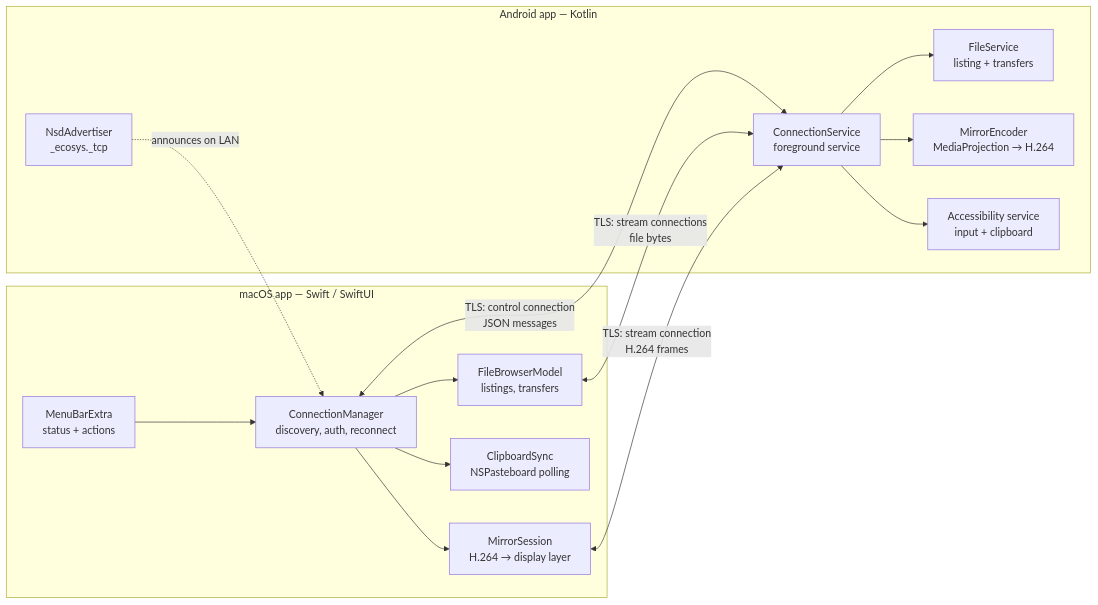
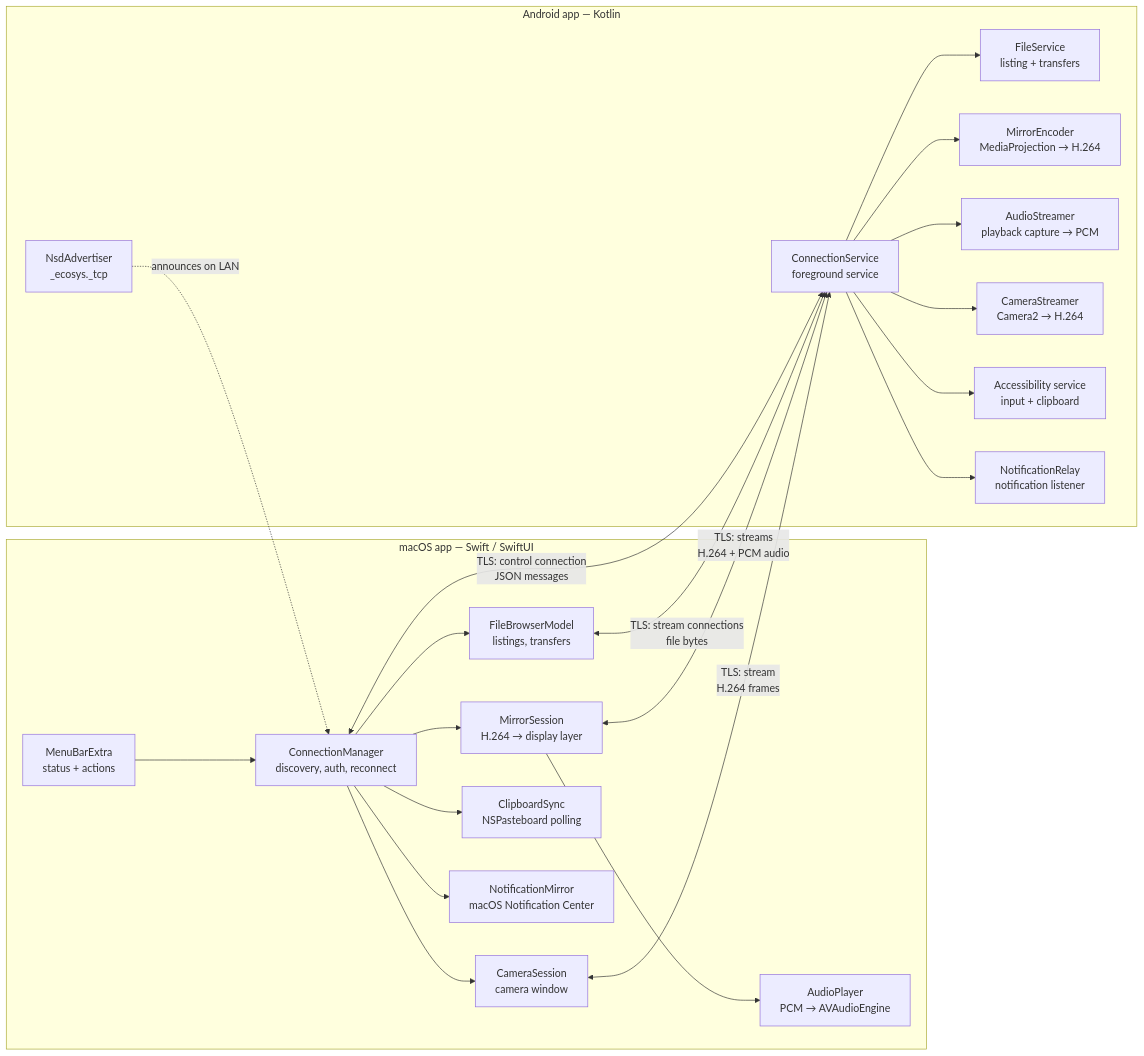
The first of 2 diagrams in docs/ARCHITECTURE.md (akramansari1433/ecosystem), drawn with Mermaid before and after one commit. The commit also changed other lines of this file and 4 other files, not shown here.

````diff
--- a/docs/ARCHITECTURE.md
+++ b/docs/ARCHITECTURE.md
@@ -78,30 +97,43 @@
 ```mermaid
 flowchart LR
     subgraph MAC["macOS app — Swift / SwiftUI"]
         MENU["MenuBarExtra<br/>status + actions"]
         CM["ConnectionManager<br/>discovery, auth, reconnect"]
         FILES["FileBrowserModel<br/>listings, transfers"]
         MIRROR["MirrorSession<br/>H.264 → display layer"]
+        AUDIO["AudioPlayer<br/>PCM → AVAudioEngine"]
+        CAM["CameraSession<br/>camera window"]
         CLIP1["ClipboardSync<br/>NSPasteboard polling"]
+        NOTIF["NotificationMirror<br/>macOS Notification Center"]
     end
 
     subgraph PHONE["Android app — Kotlin"]
         SVC["ConnectionService<br/>foreground service"]
         NSD["NsdAdvertiser<br/>_ecosys._tcp"]
         FS["FileService<br/>listing + transfers"]
         ENC["MirrorEncoder<br/>MediaProjection → H.264"]
+        AS["AudioStreamer<br/>playback capture → PCM"]
+        CAMS["CameraStreamer<br/>Camera2 → H.264"]
         A11Y["Accessibility service<br/>input + clipboard"]
+        RELAY["NotificationRelay<br/>notification listener"]
     end
 
     MENU --> CM
     CM --> FILES
     CM --> MIRROR
+    MIRROR --> AUDIO
+    CM --> CAM
     CM --> CLIP1
+    CM --> NOTIF
     CM <-->|"TLS: control connection<br/>JSON messages"| SVC
     FILES <-->|"TLS: stream connections<br/>file bytes"| SVC
-    MIRROR <-->|"TLS: stream connection<br/>H.264 frames"| SVC
+    MIRROR <-->|"TLS: streams<br/>H.264 + PCM audio"| SVC
+    CAM <-->|"TLS: stream<br/>H.264 frames"| SVC
     SVC --> FS
     SVC --> ENC
+    SVC --> AS
+    SVC --> CAMS
     SVC --> A11Y
+    SVC --> RELAY
     NSD -.->|"announces on LAN"| CM
 ```
````
